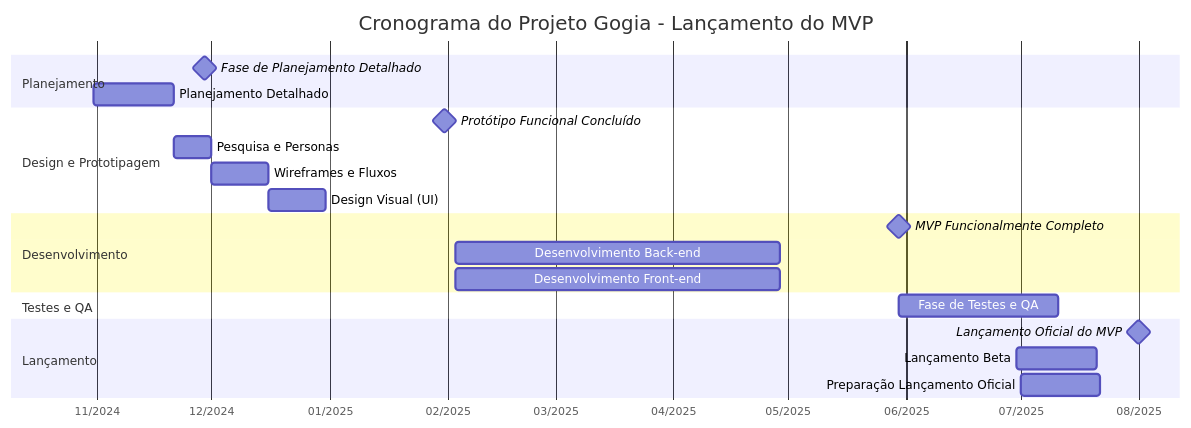
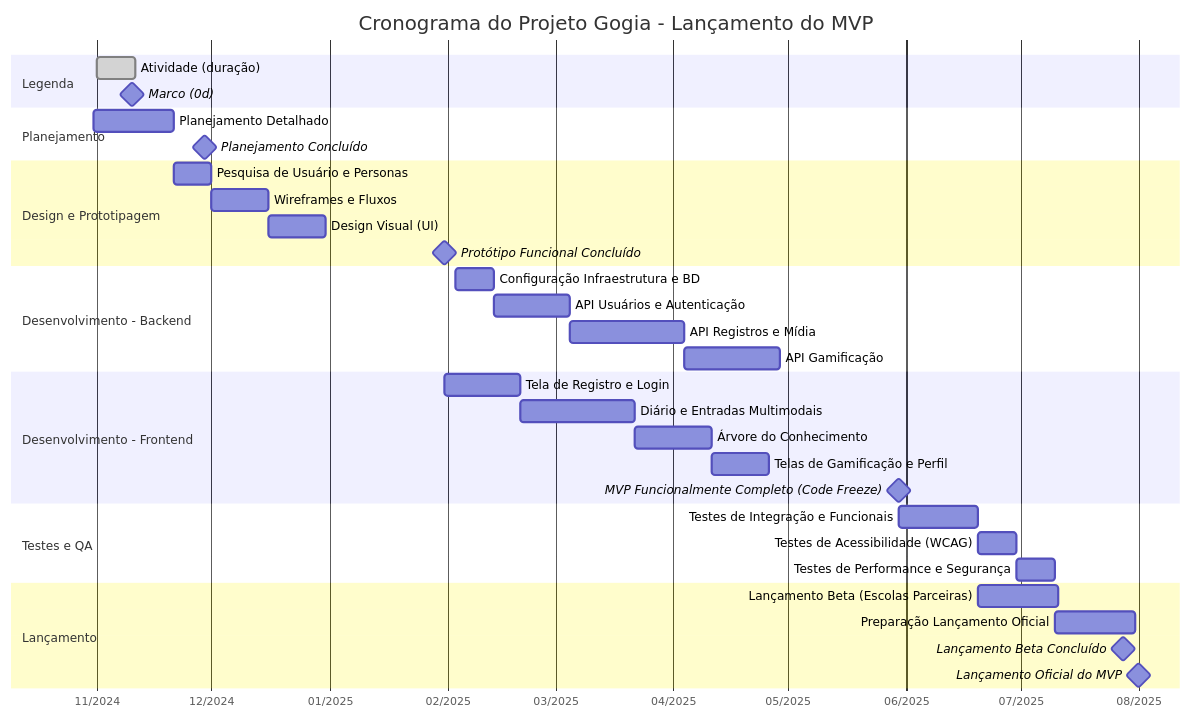
One commit to Jvictorj/Gestao-de-Projeto changed the diagram in README.md. Above: the diagram before and after it, drawn with Mermaid.

````diff
--- a/README.md
+++ b/README.md
@@ -1,29 +1,44 @@
 ```mermaid
 gantt
     title Cronograma do Projeto Gogia - Lançamento do MVP
     dateFormat  YYYY-MM-DD
     axisFormat  %m/%Y
-    
+
+    section Legenda
+    Atividade (duração) :done, 2024-11-01, 10d
+    Marco (0d) :milestone, 2024-11-10, 0d
+
     section Planejamento
-    Fase de Planejamento Detalhado :milestone, id_112, 2024-11-29, 0d
     Planejamento Detalhado :id_111, 2024-10-31, 21d
+    Planejamento Concluído :milestone, id_112, 2024-11-29, 0d
 
     section Design e Prototipagem
-    Protótipo Funcional Concluído :milestone, id_1214, 2025-01-31, 0d
-    Pesquisa e Personas :id_1211, after id_111, 10d
+    Pesquisa de Usuário e Personas :id_1211, after id_111, 10d
     Wireframes e Fluxos :id_1212, after id_1211, 15d
     Design Visual (UI) :id_1213, after id_1212, 15d
+    Protótipo Funcional Concluído :milestone, id_1214, 2025-01-31, 0d
 
-    section Desenvolvimento
-    MVP Funcionalmente Completo :milestone, id_124, 2025-05-30, 0d
-    Desenvolvimento Back-end :id_122, 2025-02-03, 85d
-    Desenvolvimento Front-end :id_123, 2025-02-03, 85d
+    section Desenvolvimento - Backend
+    Configuração Infraestrutura e BD :id_1221, 2025-02-03, 10d
+    API Usuários e Autenticação :id_1222, after id_1221, 20d
+    API Registros e Mídia :id_1223, after id_1222, 30d
+    API Gamificação :id_1224, after id_1223, 25d
+
+    section Desenvolvimento - Frontend
+    Tela de Registro e Login :id_1231, after id_1214, 20d
+    Diário e Entradas Multimodais :id_1232, after id_1231, 30d
+    Árvore do Conhecimento :id_1233, after id_1232, 20d
+    Telas de Gamificação e Perfil :id_1234, after id_1233, 15d
+    MVP Funcionalmente Completo (Code Freeze) :milestone, id_124, 2025-05-30, 0d
 
     section Testes e QA
-    Fase de Testes e QA :id_125, after id_124, 42d
-    
+    Testes de Integração e Funcionais :id_1251, after id_124, 21d
+    Testes de Acessibilidade (WCAG) :id_1252, after id_1251, 10d
+    Testes de Performance e Segurança :id_1253, after id_1252, 10d
+
     section Lançamento
+    Lançamento Beta (Escolas Parceiras) :id_1261, after id_1251, 21d
+    Preparação Lançamento Oficial :id_1263, after id_1253, 21d
+    Lançamento Beta Concluído :milestone, id_1262, 2025-07-28, 0d
     Lançamento Oficial do MVP :milestone, id_1264, 2025-08-01, 0d
-    Lançamento Beta :id_1261, 2025-06-30, 21d
-    Preparação Lançamento Oficial :id_1263, 2025-07-01, 21d
 ```
````
